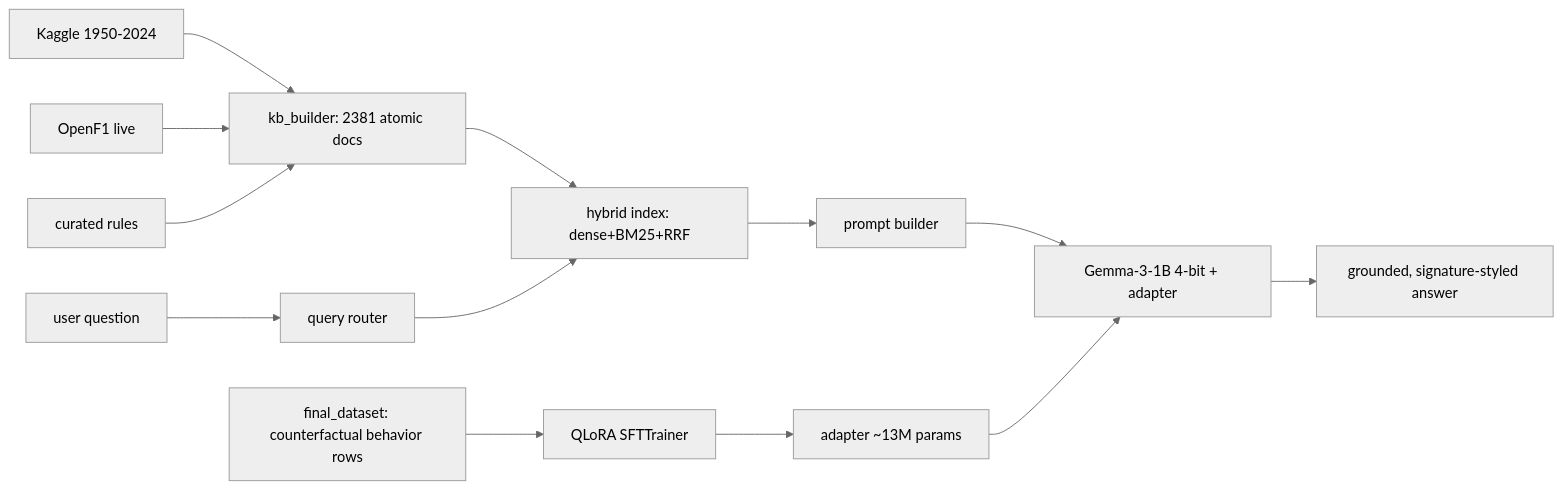
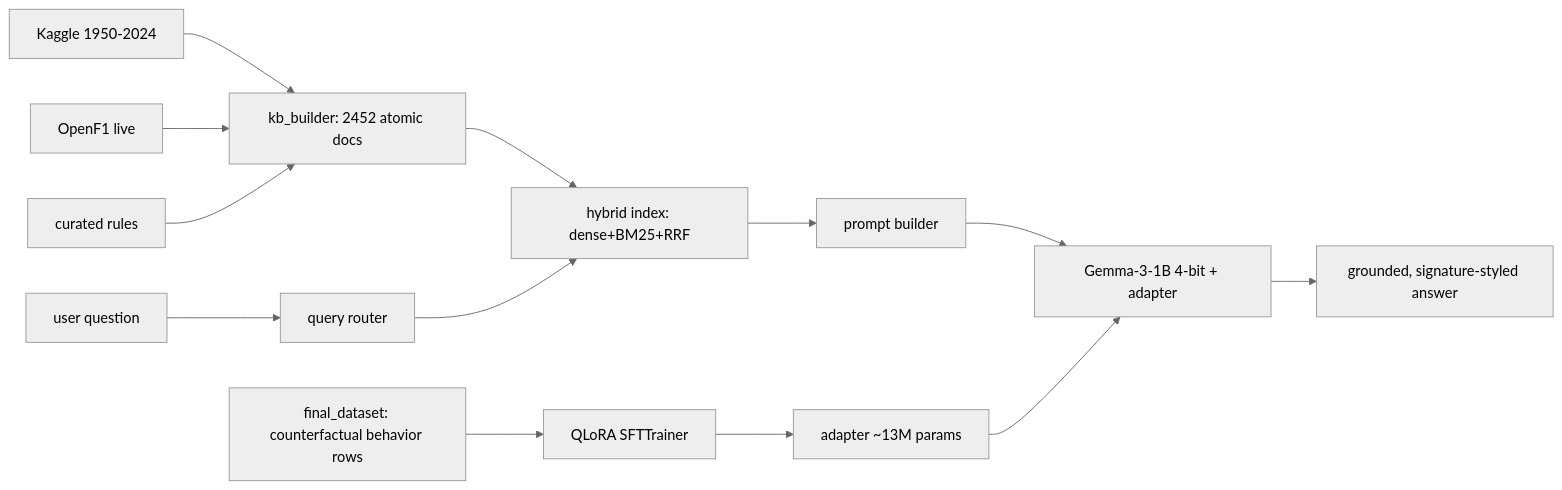
Before and after one commit to deva0706/pitgpt: the diagram in README.md, drawn with Mermaid (neutral theme). The commit also changed other lines of this file and 51 other files, not shown here.

````diff
--- a/README.md
+++ b/README.md
@@ -115,15 +120,15 @@
 ```mermaid
 flowchart LR
-    KGL[Kaggle 1950-2024] --> KB[kb_builder: 2381 atomic docs]
+    KGL[Kaggle 1950-2024] --> KB[kb_builder: 2452 atomic docs]
     OF1[OpenF1 live] --> KB
     CUR[curated rules] --> KB
     KB --> IDX[hybrid index: dense+BM25+RRF]
     Q[user question] --> RT[query router]
     RT --> IDX
     IDX --> P[prompt builder]
     FD[final_dataset: counterfactual behavior rows] --> TR[QLoRA SFTTrainer]
     TR --> AD[adapter ~13M params]
     P --> G[Gemma-3-1B 4-bit + adapter]
     AD --> G
     G --> A[grounded, signature-styled answer]
 ```
````
